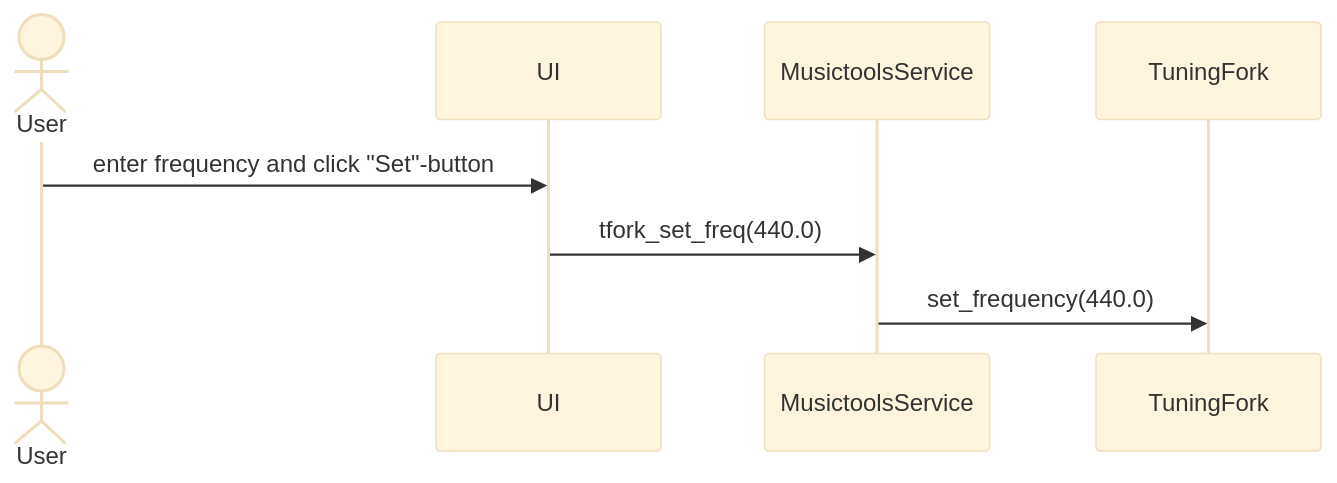
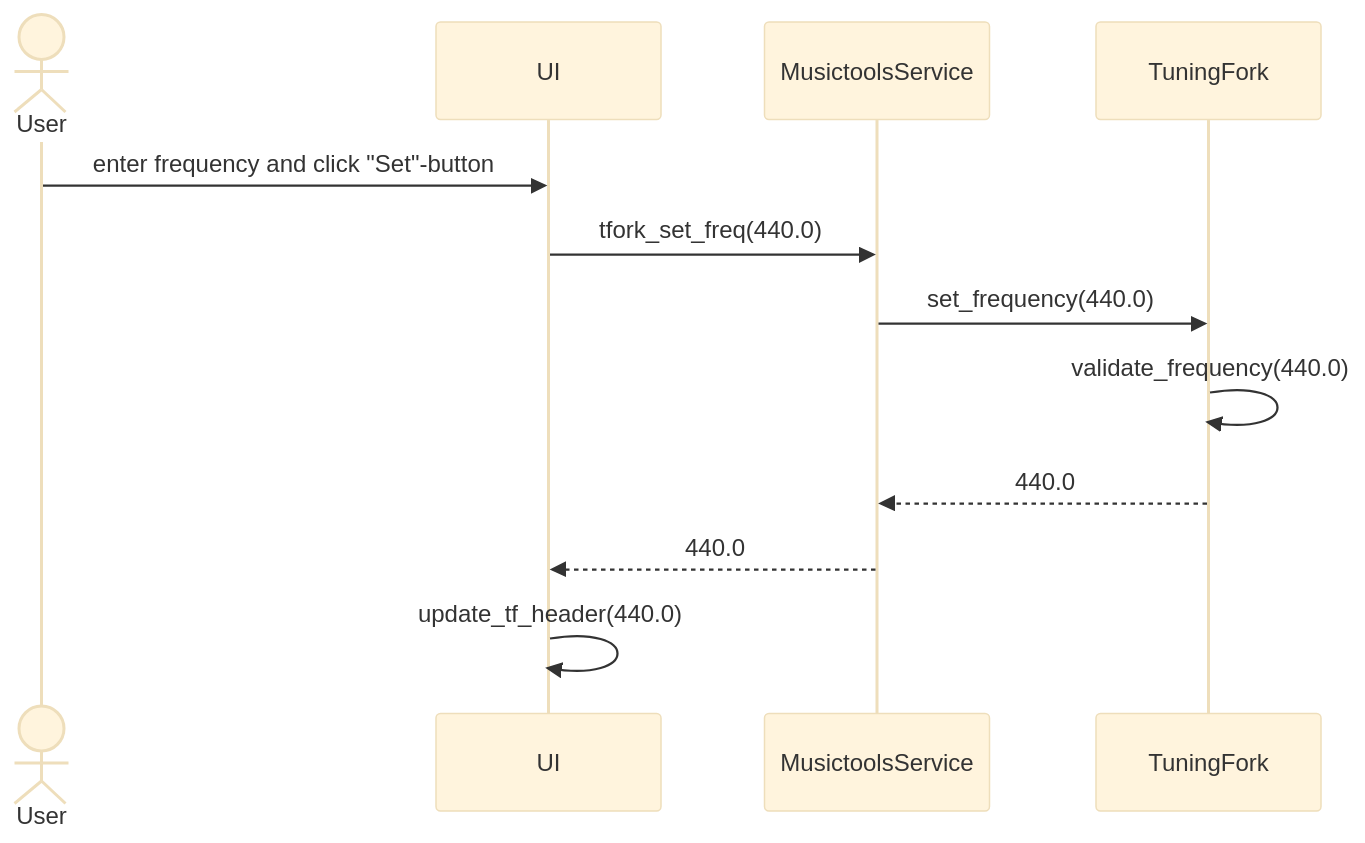
One commit to piamanns/ot-harjoitustyo changed the second of 3 diagrams in musictools/dokumentaatio/arkkitehtuuri.md. Above: the diagram before and after it, drawn with Mermaid (base theme). The commit also changed other lines of this file, not shown here.

````diff
--- a/musictools/dokumentaatio/arkkitehtuuri.md
+++ b/musictools/dokumentaatio/arkkitehtuuri.md
@@ -33,9 +33,13 @@
 ```mermaid
 sequenceDiagram
     actor User
     participant UI
     participant MusictoolsService
     User->>UI: enter frequency and click "Set"-button
     UI->>MusictoolsService: tfork_set_freq(440.0)
     MusictoolsService->>TuningFork: set_frequency(440.0)
+    TuningFork->>TuningFork: validate_frequency(440.0)
+    TuningFork-->>MusictoolsService: 440.0
+    MusictoolsService-->>UI: 440.0
+    UI->>UI: update_tf_header(440.0) 
 ```
````
